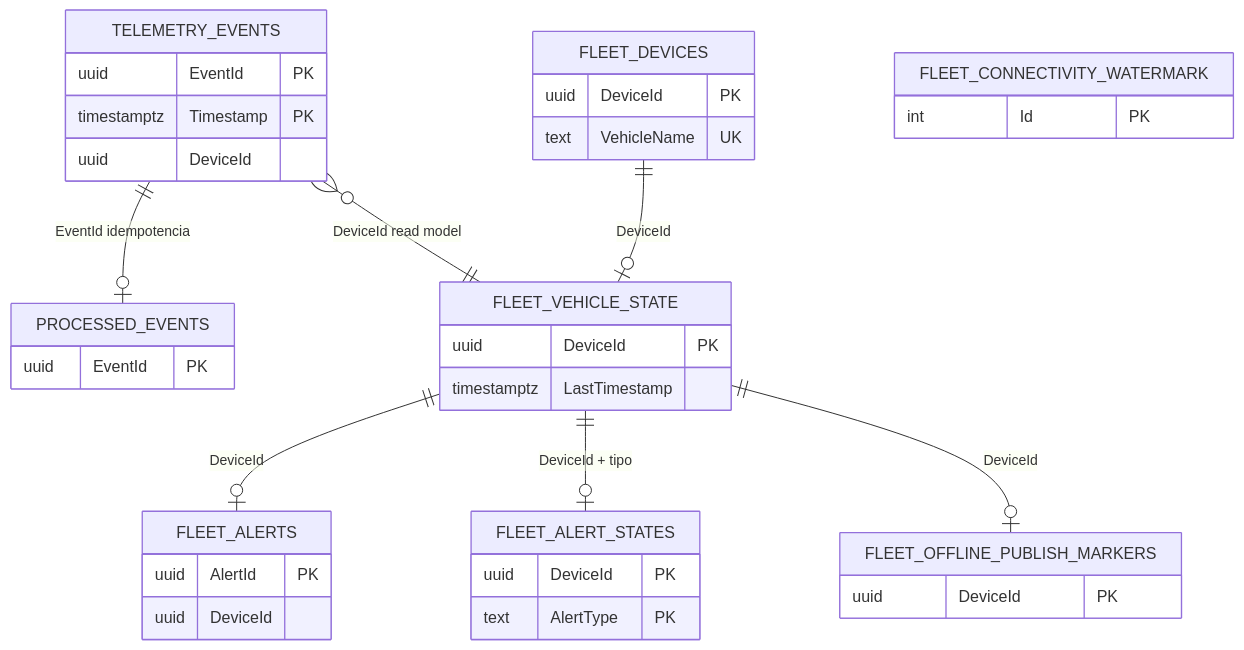
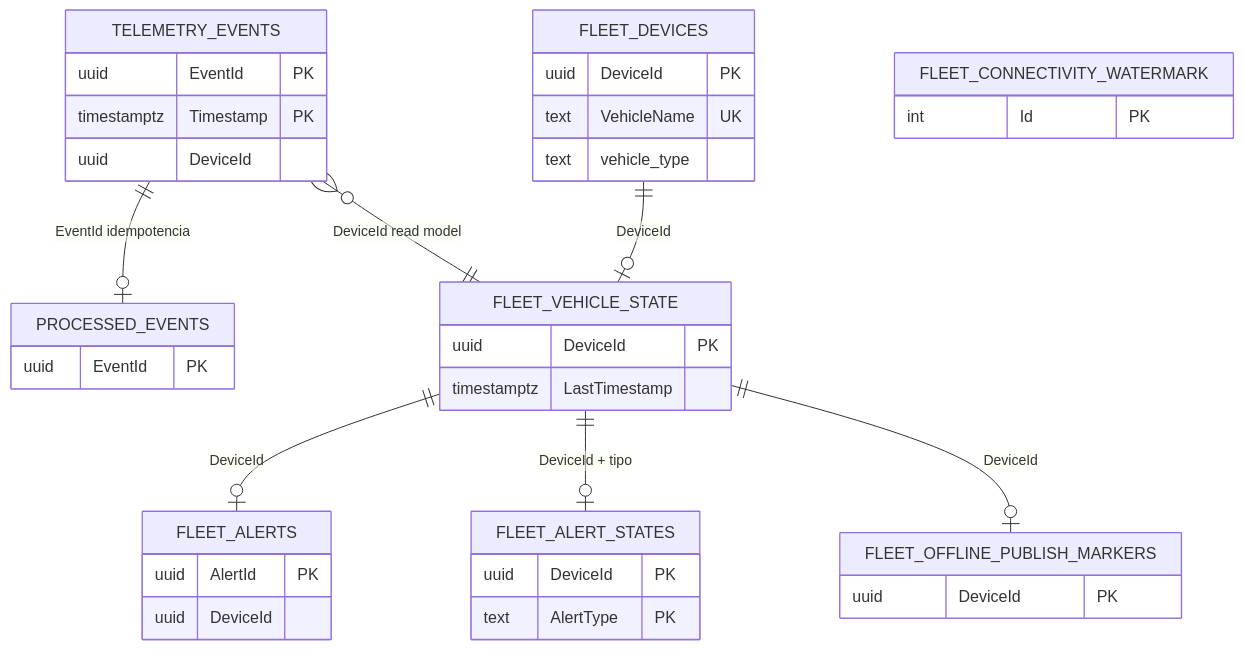
Before and after one commit to AlejoLobo/fleet-telemetry-platform: the sixth of 6 diagrams in README.md, drawn with Mermaid. The commit also changed other lines of this file and 6 other files, not shown here.

````diff
--- a/README.md
+++ b/README.md
@@ -221,39 +221,40 @@
 ```mermaid
 erDiagram
   FLEET_DEVICES {
     uuid DeviceId PK
     text VehicleName UK
+    text vehicle_type
   }
   TELEMETRY_EVENTS {
     uuid EventId PK
     timestamptz Timestamp PK
     uuid DeviceId
   }
   PROCESSED_EVENTS {
     uuid EventId PK
   }
   FLEET_ALERTS {
     uuid AlertId PK
     uuid DeviceId
   }
   FLEET_ALERT_STATES {
     uuid DeviceId PK
     text AlertType PK
   }
   FLEET_VEHICLE_STATE {
     uuid DeviceId PK
     timestamptz LastTimestamp
   }
   FLEET_CONNECTIVITY_WATERMARK {
     int Id PK
   }
   FLEET_OFFLINE_PUBLISH_MARKERS {
     uuid DeviceId PK
   }
   FLEET_DEVICES ||--o| FLEET_VEHICLE_STATE : "DeviceId"
   TELEMETRY_EVENTS ||--o| PROCESSED_EVENTS : "EventId idempotencia"
   TELEMETRY_EVENTS }o--|| FLEET_VEHICLE_STATE : "DeviceId read model"
   FLEET_VEHICLE_STATE ||--o| FLEET_ALERTS : "DeviceId"
   FLEET_VEHICLE_STATE ||--o| FLEET_ALERT_STATES : "DeviceId + tipo"
   FLEET_VEHICLE_STATE ||--o| FLEET_OFFLINE_PUBLISH_MARKERS : "DeviceId"
 ```
````
